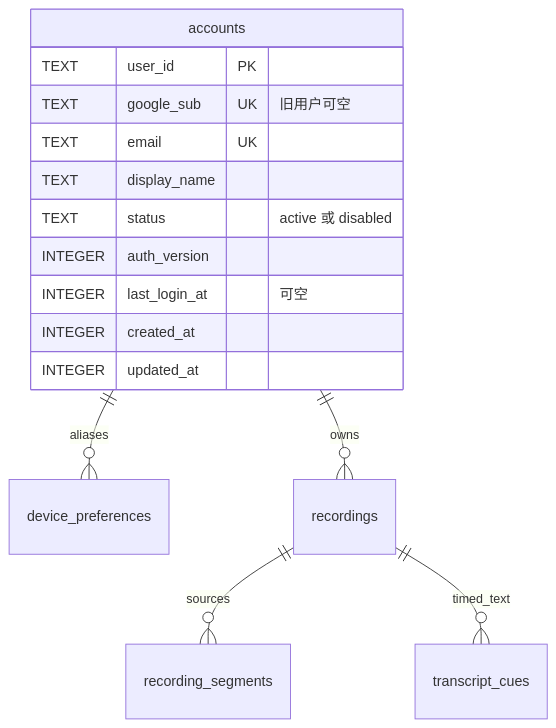
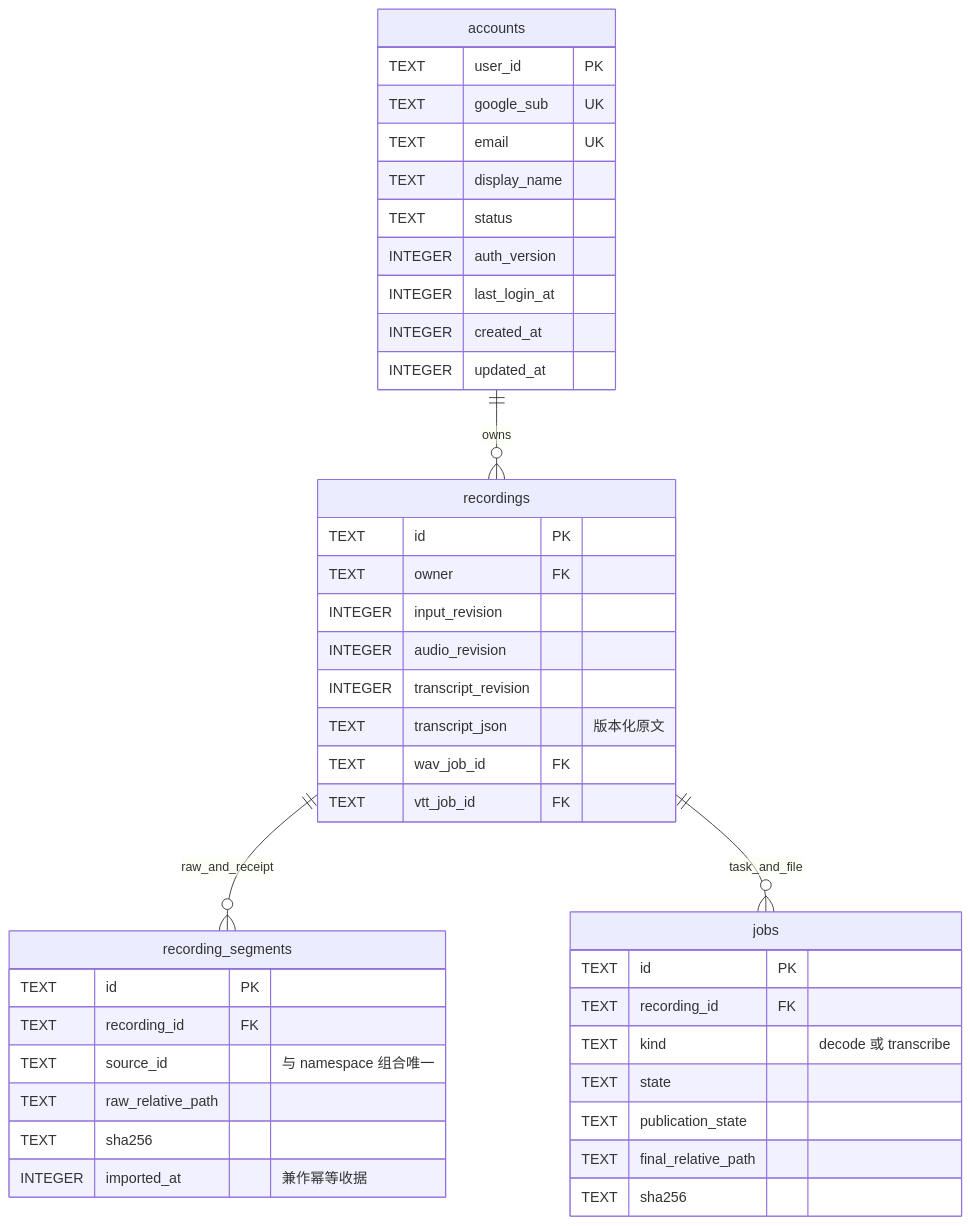
One commit to boboliu-1010/speaker changed the diagram in docs/assets/diagrams/02-user-data-model.mmd. Above: the diagram before and after it, drawn with Mermaid. The commit also changed 21 other files, not shown here.

```diff
--- a/docs/assets/diagrams/02-user-data-model.mmd
+++ b/docs/assets/diagrams/02-user-data-model.mmd
@@ -1,16 +1,42 @@
 erDiagram
     accounts {
         TEXT user_id PK
-        TEXT google_sub UK "旧用户可空"
+        TEXT google_sub UK
         TEXT email UK
         TEXT display_name
-        TEXT status "active 或 disabled"
+        TEXT status
         INTEGER auth_version
-        INTEGER last_login_at "可空"
+        INTEGER last_login_at
         INTEGER created_at
         INTEGER updated_at
     }
-    accounts ||--o{ device_preferences : aliases
+    recordings {
+        TEXT id PK
+        TEXT owner FK
+        INTEGER input_revision
+        INTEGER audio_revision
+        INTEGER transcript_revision
+        TEXT transcript_json "版本化原文"
+        TEXT wav_job_id FK
+        TEXT vtt_job_id FK
+    }
+    recording_segments {
+        TEXT id PK
+        TEXT recording_id FK
+        TEXT source_id "与 namespace 组合唯一"
+        TEXT raw_relative_path
+        TEXT sha256
+        INTEGER imported_at "兼作幂等收据"
+    }
+    jobs {
+        TEXT id PK
+        TEXT recording_id FK
+        TEXT kind "decode 或 transcribe"
+        TEXT state
+        TEXT publication_state
+        TEXT final_relative_path
+        TEXT sha256
+    }
     accounts ||--o{ recordings : owns
-    recordings ||--o{ recording_segments : sources
-    recordings ||--o{ transcript_cues : timed_text
+    recordings ||--o{ recording_segments : raw_and_receipt
+    recordings ||--o{ jobs : task_and_file
```
